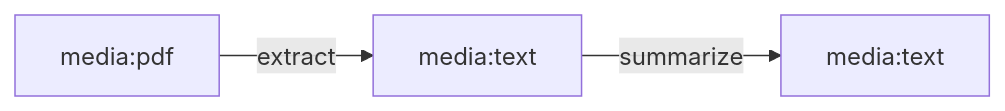
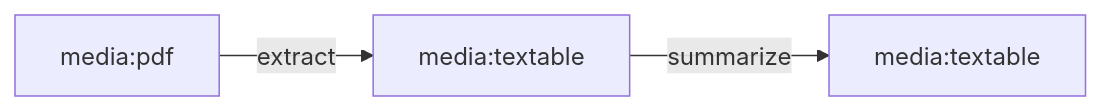
Before and after one commit to machinefabric/capdag: the second of 2 diagrams in docs/15.1-orchestrator.md, drawn with Mermaid. The commit also changed other lines of this file and 15 other files, not shown here.

Commit message:
Update documentation to replace 'media:object' with 'media:record' and 'media:text' with 'media:textable' across multiple files for consistency in media URN usage.

````diff
--- a/docs/15.1-orchestrator.md
+++ b/docs/15.1-orchestrator.md
@@ -53,5 +53,5 @@
 ```mermaid
 graph LR
-    A["media:pdf"] -->|extract| B["media:text"]
-    B -->|summarize| C["media:text"]
+    A["media:pdf"] -->|extract| B["media:textable"]
+    B -->|summarize| C["media:textable"]
 ```
````
